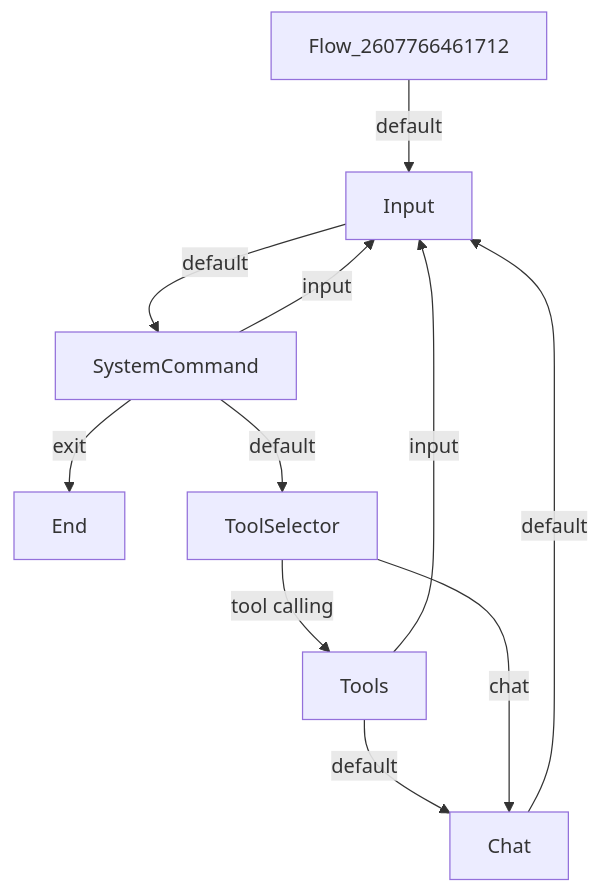
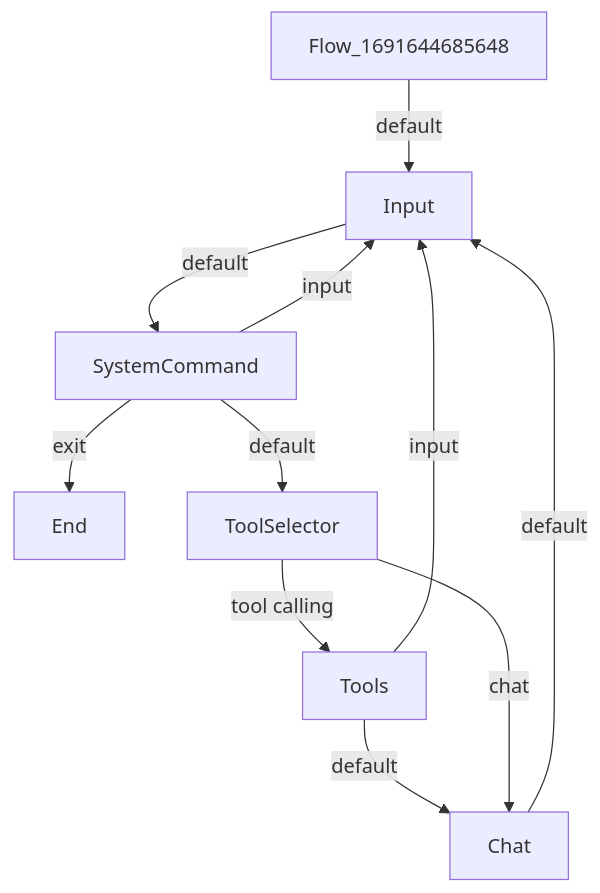
One commit to datanooblol/broverse changed the diagram in examples/tool_calling/flow.md. Above: the diagram before and after it, drawn with Mermaid. The commit also changed 42 other files, not shown here.

````diff
--- a/examples/tool_calling/flow.md
+++ b/examples/tool_calling/flow.md
@@ -1,13 +1,13 @@
 ```mermaid
 flowchart TD
-    Flow_2607766461712 -->|default| Input
+    Flow_1691644685648 -->|default| Input
     Input -->|default| SystemCommand
     SystemCommand -->|input| Input
     SystemCommand -->|exit| End
     SystemCommand -->|default| ToolSelector
     ToolSelector -->|tool calling| Tools
     Tools -->|default| Chat
     Chat -->|default| Input
     Tools -->|input| Input
     ToolSelector -->|chat| Chat
 ```
````
